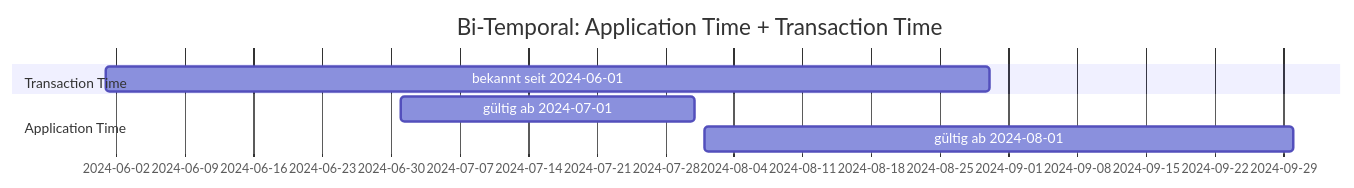
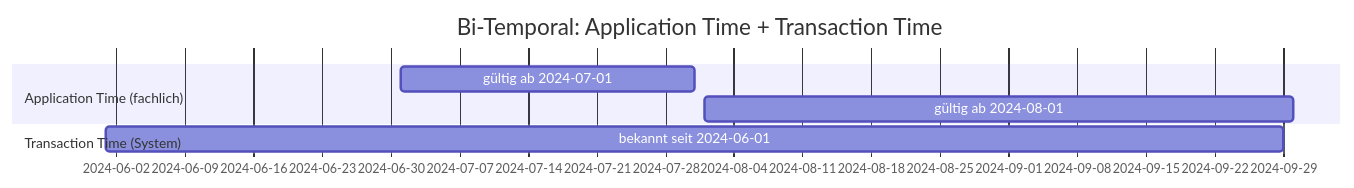
Before and after one commit to guggach/laravel-db-temporal: the third of 3 diagrams in docs/unitemporal.md, drawn with Mermaid. The commit also changed other lines of this file, not shown here.

````diff
--- a/docs/unitemporal.md
+++ b/docs/unitemporal.md
@@ -634,13 +620,13 @@
 ```mermaid
 gantt
     title Bi-Temporal: Application Time + Transaction Time
     dateFormat  YYYY-MM-DD
     axisFormat  %Y-%m-%d
 
-    section Transaction Time
-    bekannt seit 2024-06-01    :tx, 2024-06-01, 90d
+    section Application Time (fachlich)
+    gültig ab 2024-07-01  :app1, 2024-07-01, 30d
+    gültig ab 2024-08-01  :app2, 2024-08-01, 60d
 
-    section Application Time
-    gültig ab 2024-07-01       :app1, 2024-07-01, 30d
-    gültig ab 2024-08-01       :app2, 2024-08-01, 60d
+    section Transaction Time (System)
+    bekannt seit 2024-06-01 :tx, 2024-06-01, 120d
 ```
````
